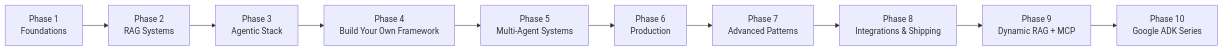
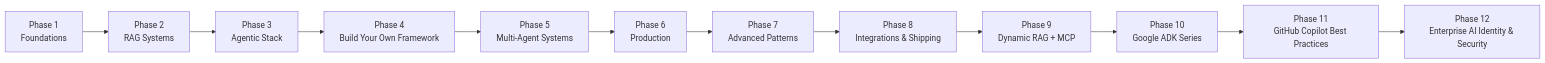
The diagram in docs/roadmap-overview.md (bipinhcs11/Agentic-AI-Learning-Roadmap), drawn with Mermaid before and after one commit. The commit also changed other lines of this file and 98 other files, not shown here.

Commit message:
feat(phase12): add enterprise AI identity and security roadmap

````diff
--- a/docs/roadmap-overview.md
+++ b/docs/roadmap-overview.md
@@ -8,12 +8,14 @@
 ```mermaid
 flowchart LR
     P1["Phase 1<br/>Foundations"] --> P2["Phase 2<br/>RAG Systems"]
     P2 --> P3["Phase 3<br/>Agentic Stack"]
     P3 --> P4["Phase 4<br/>Build Your Own Framework"]
     P4 --> P5["Phase 5<br/>Multi-Agent Systems"]
     P5 --> P6["Phase 6<br/>Production"]
     P6 --> P7["Phase 7<br/>Advanced Patterns"]
     P7 --> P8["Phase 8<br/>Integrations & Shipping"]
     P8 --> P9["Phase 9<br/>Dynamic RAG + MCP"]
     P9 --> P10["Phase 10<br/>Google ADK Series"]
+    P10 --> P11["Phase 11<br/>GitHub Copilot Best Practices"]
+    P11 --> P12["Phase 12<br/>Enterprise AI Identity & Security"]
 ```
````
